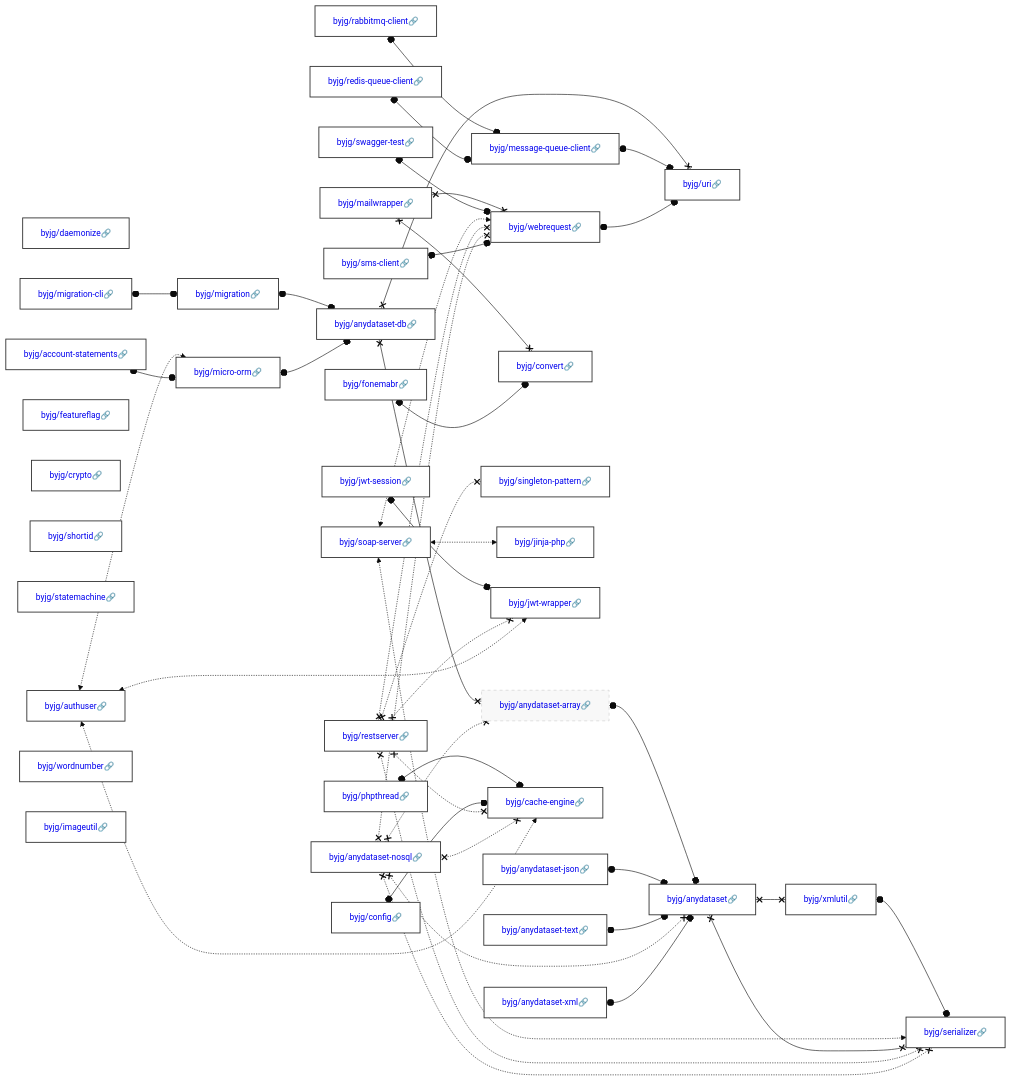
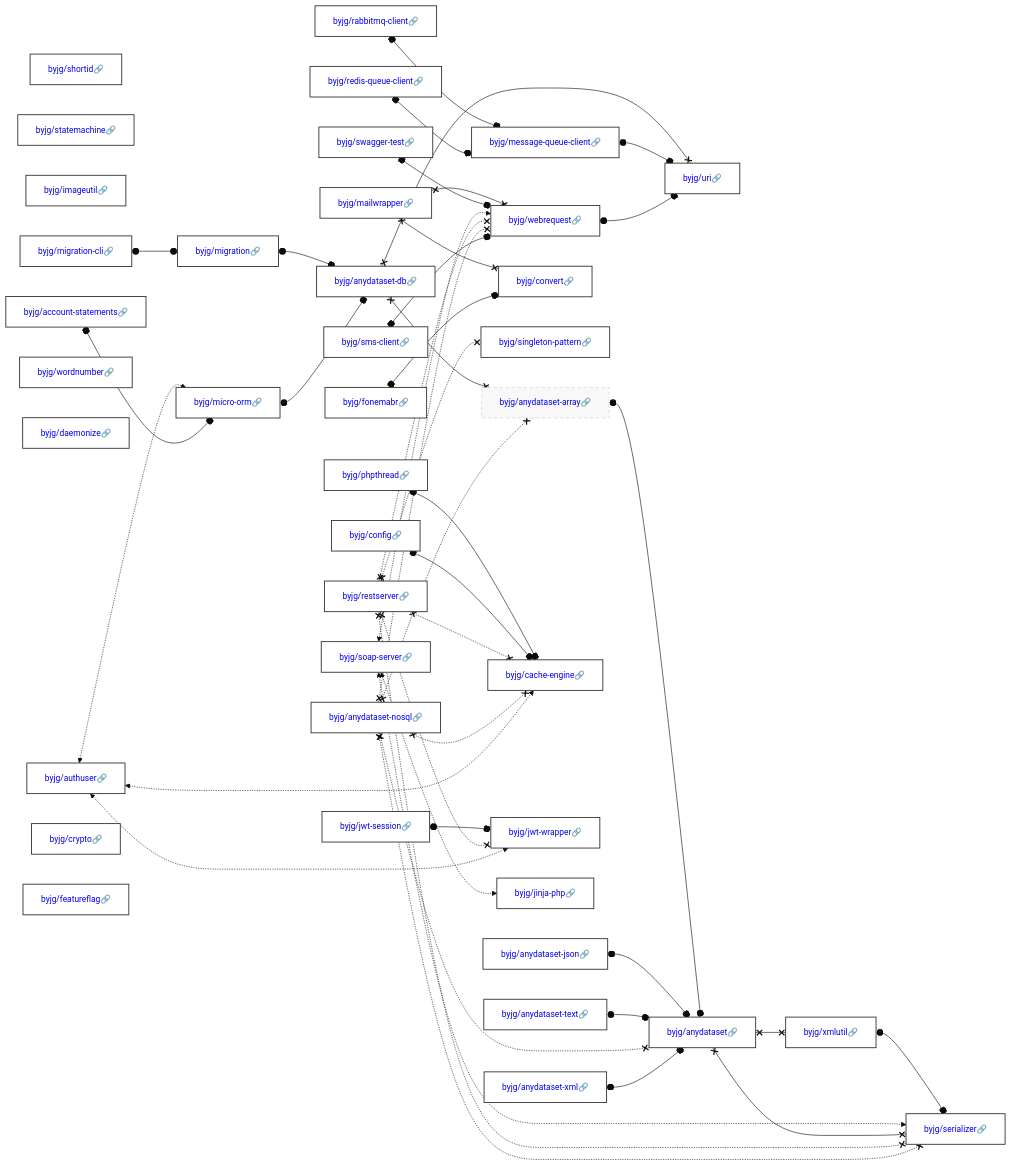
Before and after one commit to byjg/byjg.github.io: the diagram in docs/php/README.md, drawn with Mermaid (base theme). The commit also changed other lines of this file and 1 other file, not shown here.

Commit message:
Update documentation 'php' 'php-soap-server'

````diff
--- a/docs/php/README.md
+++ b/docs/php/README.md
@@ -3,39 +3,39 @@
 ```mermaid
 graph LR;
   byjg/anydataset-json[<a href='https://opensource.byjg.com/docs/php/anydataset-json' style='text-decoration:none'>byjg/anydataset-json🔗</a>];
+  byjg/shortid[<a href='https://opensource.byjg.com/docs/php/shortid' style='text-decoration:none'>byjg/shortid🔗</a>];
+  byjg/anydataset-nosql[<a href='https://opensource.byjg.com/docs/php/anydataset-nosql' style='text-decoration:none'>byjg/anydataset-nosql🔗</a>];
   byjg/fonemabr[<a href='https://opensource.byjg.com/docs/php/fonemabr' style='text-decoration:none'>byjg/fonemabr🔗</a>];
+  byjg/anydataset-text[<a href='https://opensource.byjg.com/docs/php/anydataset-text' style='text-decoration:none'>byjg/anydataset-text🔗</a>];
+  byjg/statemachine[<a href='https://opensource.byjg.com/docs/php/statemachine' style='text-decoration:none'>byjg/statemachine🔗</a>];
+  byjg/imageutil[<a href='https://opensource.byjg.com/docs/php/imageutil' style='text-decoration:none'>byjg/imageutil🔗</a>];
+  byjg/jwt-session[<a href='https://opensource.byjg.com/docs/php/jwt-session' style='text-decoration:none'>byjg/jwt-session🔗</a>];
+  byjg/migration-cli[<a href='https://opensource.byjg.com/docs/php/migration-cli' style='text-decoration:none'>byjg/migration-cli🔗</a>];
+  byjg/mailwrapper[<a href='https://opensource.byjg.com/docs/php/mailwrapper' style='text-decoration:none'>byjg/mailwrapper🔗</a>];
+  byjg/anydataset-xml[<a href='https://opensource.byjg.com/docs/php/anydataset-xml' style='text-decoration:none'>byjg/anydataset-xml🔗</a>];
+  byjg/phpthread[<a href='https://opensource.byjg.com/docs/php/phpthread' style='text-decoration:none'>byjg/phpthread🔗</a>];
+  byjg/account-statements[<a href='https://opensource.byjg.com/docs/php/account-statements' style='text-decoration:none'>byjg/account-statements🔗</a>];
+  byjg/wordnumber[<a href='https://opensource.byjg.com/docs/php/wordnumber' style='text-decoration:none'>byjg/wordnumber🔗</a>];
+  byjg/redis-queue-client[<a href='https://opensource.byjg.com/docs/php/redis-queue-client' style='text-decoration:none'>byjg/redis-queue-client🔗</a>];
   byjg/daemonize[<a href='https://opensource.byjg.com/docs/php/daemonize' style='text-decoration:none'>byjg/daemonize🔗</a>];
+  byjg/config[<a href='https://opensource.byjg.com/docs/php/config' style='text-decoration:none'>byjg/config🔗</a>];
+  byjg/restserver[<a href='https://opensource.byjg.com/docs/php/restserver' style='text-decoration:none'>byjg/restserver🔗</a>];
   byjg/rabbitmq-client[<a href='https://opensource.byjg.com/docs/php/rabbitmq-client' style='text-decoration:none'>byjg/rabbitmq-client🔗</a>];
-  byjg/account-statements[<a href='https://opensource.byjg.com/docs/php/account-statements' style='text-decoration:none'>byjg/account-statements🔗</a>];
-  byjg/phpthread[<a href='https://opensource.byjg.com/docs/php/phpthread' style='text-decoration:none'>byjg/phpthread🔗</a>];
-  byjg/mailwrapper[<a href='https://opensource.byjg.com/docs/php/mailwrapper' style='text-decoration:none'>byjg/mailwrapper🔗</a>];
-  byjg/anydataset-text[<a href='https://opensource.byjg.com/docs/php/anydataset-text' style='text-decoration:none'>byjg/anydataset-text🔗</a>];
-  byjg/jwt-session[<a href='https://opensource.byjg.com/docs/php/jwt-session' style='text-decoration:none'>byjg/jwt-session🔗</a>];
-  byjg/restserver[<a href='https://opensource.byjg.com/docs/php/restserver' style='text-decoration:none'>byjg/restserver🔗</a>];
-  byjg/migration-cli[<a href='https://opensource.byjg.com/docs/php/migration-cli' style='text-decoration:none'>byjg/migration-cli🔗</a>];
+  byjg/authuser[<a href='https://opensource.byjg.com/docs/php/authuser' style='text-decoration:none'>byjg/authuser🔗</a>];
+  byjg/sms-client[<a href='https://opensource.byjg.com/docs/php/sms-client' style='text-decoration:none'>byjg/sms-client🔗</a>];
+  byjg/soap-server[<a href='https://opensource.byjg.com/docs/php/soap-server' style='text-decoration:none'>byjg/soap-server🔗</a>];
+  byjg/crypto[<a href='https://opensource.byjg.com/docs/php/crypto' style='text-decoration:none'>byjg/crypto🔗</a>];
   byjg/featureflag[<a href='https://opensource.byjg.com/docs/php/featureflag' style='text-decoration:none'>byjg/featureflag🔗</a>];
-  byjg/crypto[<a href='https://opensource.byjg.com/docs/php/crypto' style='text-decoration:none'>byjg/crypto🔗</a>];
   byjg/swagger-test[<a href='https://opensource.byjg.com/docs/php/swagger-test' style='text-decoration:none'>byjg/swagger-test🔗</a>];
-  byjg/anydataset-xml[<a href='https://opensource.byjg.com/docs/php/anydataset-xml' style='text-decoration:none'>byjg/anydataset-xml🔗</a>];
-  byjg/shortid[<a href='https://opensource.byjg.com/docs/php/shortid' style='text-decoration:none'>byjg/shortid🔗</a>];
-  byjg/soap-server[<a href='https://opensource.byjg.com/docs/php/soap-server' style='text-decoration:none'>byjg/soap-server🔗</a>];
-  byjg/sms-client[<a href='https://opensource.byjg.com/docs/php/sms-client' style='text-decoration:none'>byjg/sms-client🔗</a>];
-  byjg/statemachine[<a href='https://opensource.byjg.com/docs/php/statemachine' style='text-decoration:none'>byjg/statemachine🔗</a>];
-  byjg/authuser[<a href='https://opensource.byjg.com/docs/php/authuser' style='text-decoration:none'>byjg/authuser🔗</a>];
-  byjg/config[<a href='https://opensource.byjg.com/docs/php/config' style='text-decoration:none'>byjg/config🔗</a>];
-  byjg/wordnumber[<a href='https://opensource.byjg.com/docs/php/wordnumber' style='text-decoration:none'>byjg/wordnumber🔗</a>];
-  byjg/anydataset-nosql[<a href='https://opensource.byjg.com/docs/php/anydataset-nosql' style='text-decoration:none'>byjg/anydataset-nosql🔗</a>];
-  byjg/imageutil[<a href='https://opensource.byjg.com/docs/php/imageutil' style='text-decoration:none'>byjg/imageutil🔗</a>];
-  byjg/redis-queue-client[<a href='https://opensource.byjg.com/docs/php/redis-queue-client' style='text-decoration:none'>byjg/redis-queue-client🔗</a>];
+  byjg/migration[<a href='https://opensource.byjg.com/docs/php/migration' style='text-decoration:none'>byjg/migration🔗</a>];
   byjg/convert[<a href='https://opensource.byjg.com/docs/php/convert' style='text-decoration:none'>byjg/convert🔗</a>];
   byjg/singleton-pattern[<a href='https://opensource.byjg.com/docs/php/singleton-pattern' style='text-decoration:none'>byjg/singleton-pattern🔗</a>];
-  byjg/migration[<a href='https://opensource.byjg.com/docs/php/migration' style='text-decoration:none'>byjg/migration🔗</a>];
+  byjg/message-queue-client[<a href='https://opensource.byjg.com/docs/php/message-queue-client' style='text-decoration:none'>byjg/message-queue-client🔗</a>];
+  byjg/micro-orm[<a href='https://opensource.byjg.com/docs/php/micro-orm' style='text-decoration:none'>byjg/micro-orm🔗</a>];
+  byjg/cache-engine[<a href='https://opensource.byjg.com/docs/php/cache-engine' style='text-decoration:none'>byjg/cache-engine🔗</a>];
+  byjg/jwt-wrapper[<a href='https://opensource.byjg.com/docs/php/jwt-wrapper' style='text-decoration:none'>byjg/jwt-wrapper🔗</a>];
   byjg/jinja-php[<a href='https://opensource.byjg.com/docs/php/jinja-php' style='text-decoration:none'>byjg/jinja-php🔗</a>];
-  byjg/micro-orm[<a href='https://opensource.byjg.com/docs/php/micro-orm' style='text-decoration:none'>byjg/micro-orm🔗</a>];
-  byjg/jwt-wrapper[<a href='https://opensource.byjg.com/docs/php/jwt-wrapper' style='text-decoration:none'>byjg/jwt-wrapper🔗</a>];
   byjg/webrequest[<a href='https://opensource.byjg.com/docs/php/webrequest' style='text-decoration:none'>byjg/webrequest🔗</a>];
-  byjg/cache-engine[<a href='https://opensource.byjg.com/docs/php/cache-engine' style='text-decoration:none'>byjg/cache-engine🔗</a>];
-  byjg/message-queue-client[<a href='https://opensource.byjg.com/docs/php/message-queue-client' style='text-decoration:none'>byjg/message-queue-client🔗</a>];
   byjg/anydataset-db[<a href='https://opensource.byjg.com/docs/php/anydataset-db' style='text-decoration:none'>byjg/anydataset-db🔗</a>];
   byjg/anydataset-array[<a href='https://opensource.byjg.com/docs/php/anydataset-array' style='text-decoration:none'>byjg/anydataset-array🔗</a>];
   byjg/uri[<a href='https://opensource.byjg.com/docs/php/uri' style='text-decoration:none'>byjg/uri🔗</a>];
````
